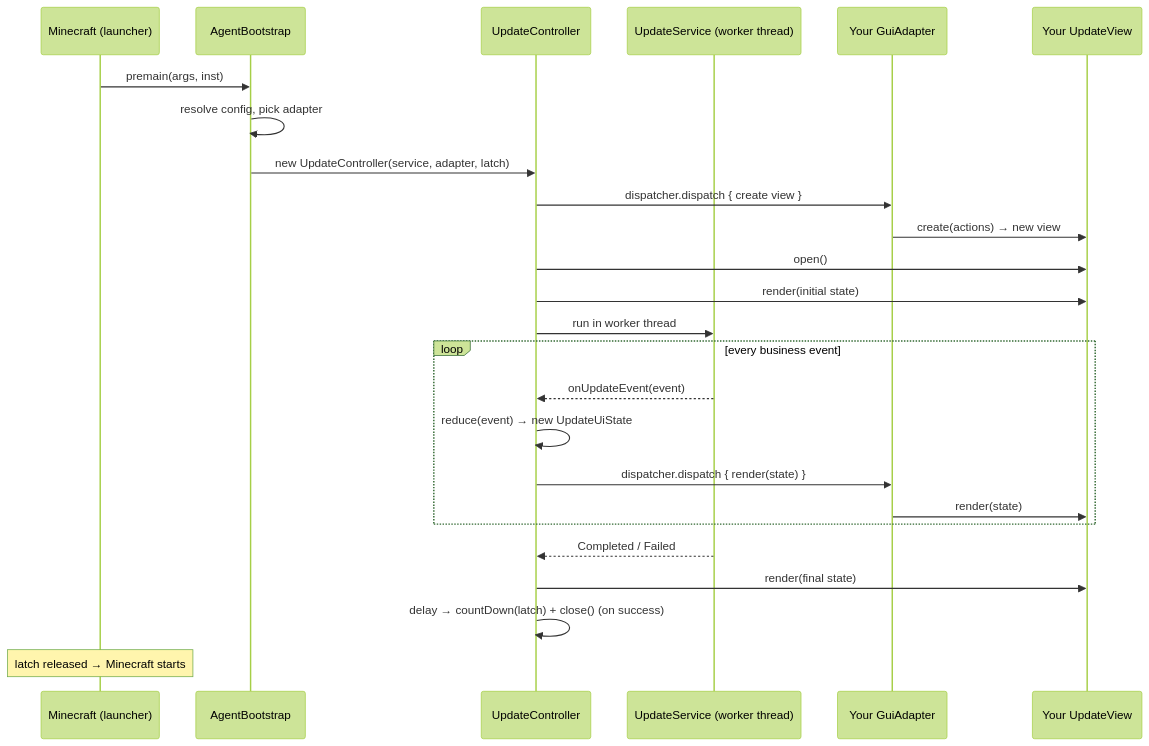
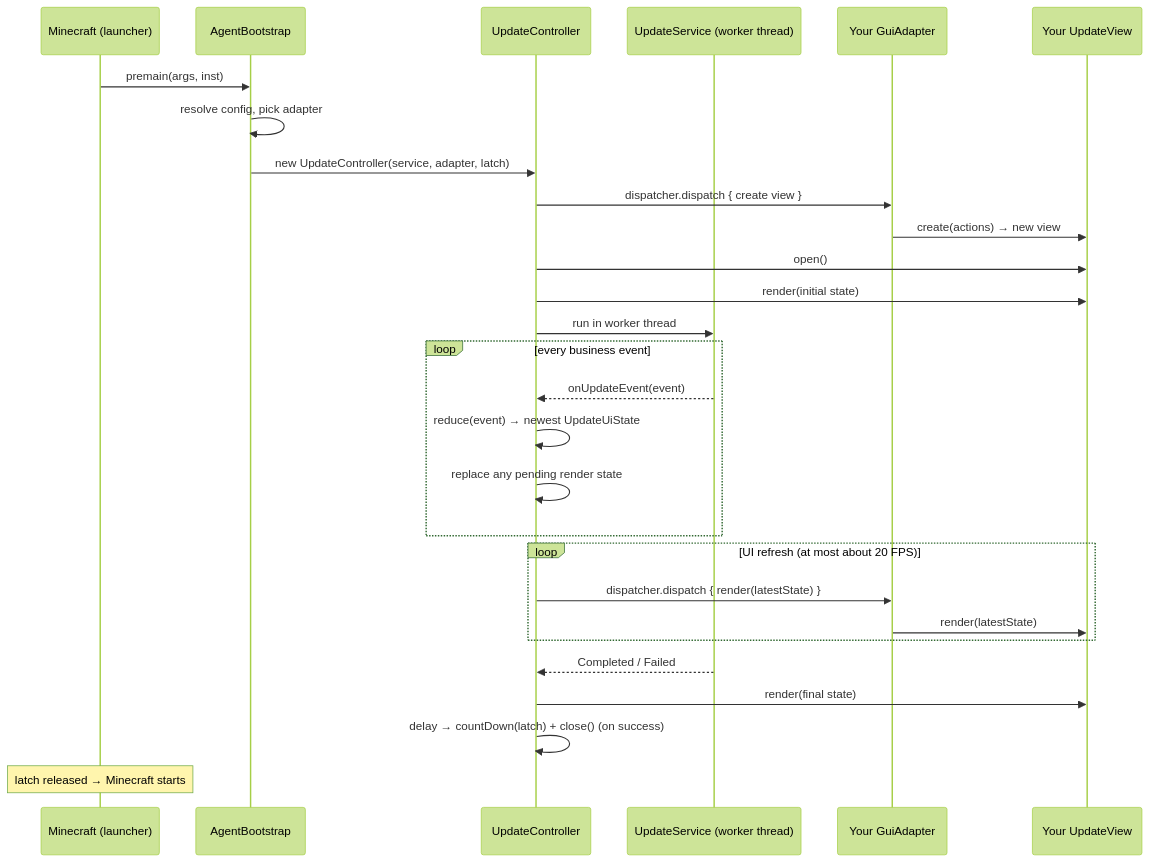
Before and after one commit to Zack88604/minecraft-server-updater-for656: the diagram in GUI_ADAPTER_API.md, drawn with Mermaid (forest theme). The commit also changed other lines of this file and 4 other files, not shown here.

````diff
--- a/GUI_ADAPTER_API.md
+++ b/GUI_ADAPTER_API.md
@@ -27,28 +33,31 @@
 ```mermaid
 sequenceDiagram
     participant MC as Minecraft (launcher)
     participant B as AgentBootstrap
     participant C as UpdateController
     participant S as UpdateService (worker thread)
     participant A as Your GuiAdapter
     participant V as Your UpdateView
 
     MC->>B: premain(args, inst)
     B->>B: resolve config, pick adapter
     B->>C: new UpdateController(service, adapter, latch)
     C->>A: dispatcher.dispatch { create view }
     A->>V: create(actions) → new view
     C->>V: open()
     C->>V: render(initial state)
     C->>S: run in worker thread
     loop every business event
         S-->>C: onUpdateEvent(event)
-        C->>C: reduce(event) → new UpdateUiState
-        C->>A: dispatcher.dispatch { render(state) }
-        A->>V: render(state)
+        C->>C: reduce(event) → newest UpdateUiState
+        C->>C: replace any pending render state
+    end
+    loop UI refresh (at most about 20 FPS)
+        C->>A: dispatcher.dispatch { render(latestState) }
+        A->>V: render(latestState)
     end
     S-->>C: Completed / Failed
     C->>V: render(final state)
     C->>C: delay → countDown(latch) + close()  (on success)
     Note over MC: latch released → Minecraft starts
 ```
````
